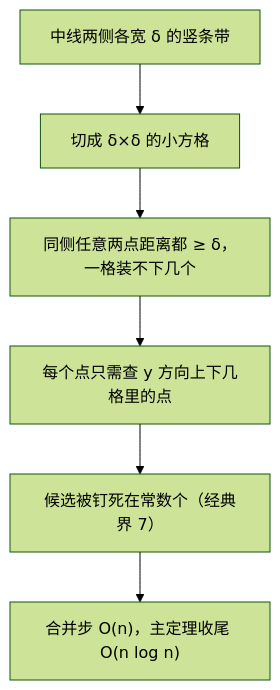
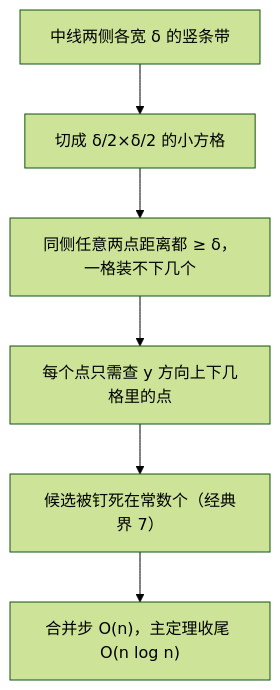
Before and after one commit to xhongduo-tech/xhongduo-tech.github.io: the second of 2 diagrams in docs/cs/closest-pair.md, drawn with Mermaid (forest theme). The commit also changed other lines of this file and 6 other files, not shown here.

````diff
--- a/docs/cs/closest-pair.md
+++ b/docs/cs/closest-pair.md
@@ -47,8 +47,8 @@
 ```mermaid
 flowchart TD
-  STRIP["中线两侧各宽 δ 的竖条带"] --> GRID["切成 δ×δ 的小方格"]
+  STRIP["中线两侧各宽 δ 的竖条带"] --> GRID["切成 δ/2×δ/2 的小方格"]
   GRID --> CAGE["同侧任意两点距离都 ≥ δ，一格装不下几个"]
   CAGE --> CAND["每个点只需查 y 方向上下几格里的点"]
   CAND --> CONST["候选被钉死在常数个（经典界 7）"]
   CONST --> LIN["合并步 O(n)，主定理收尾 O(n log n)"]
 ```
````
